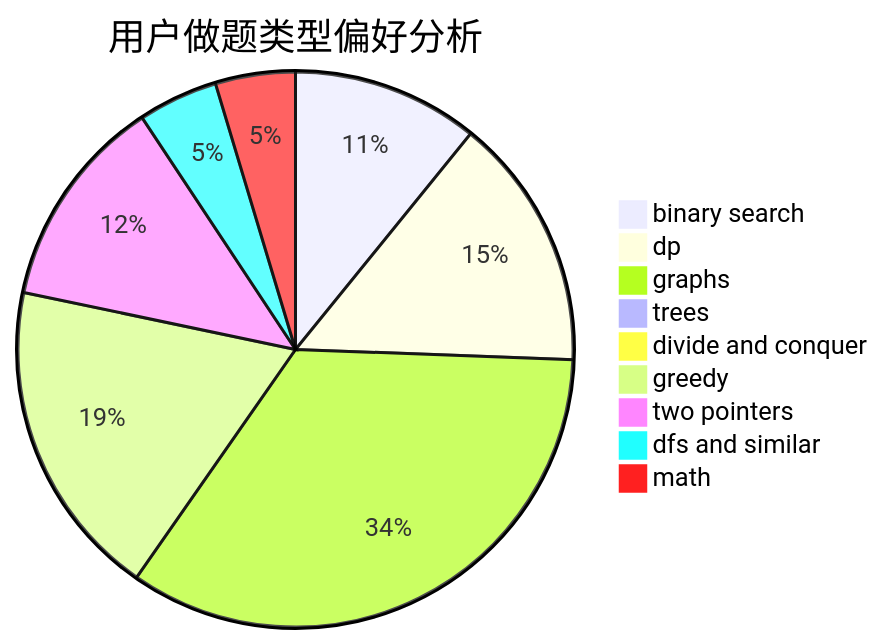
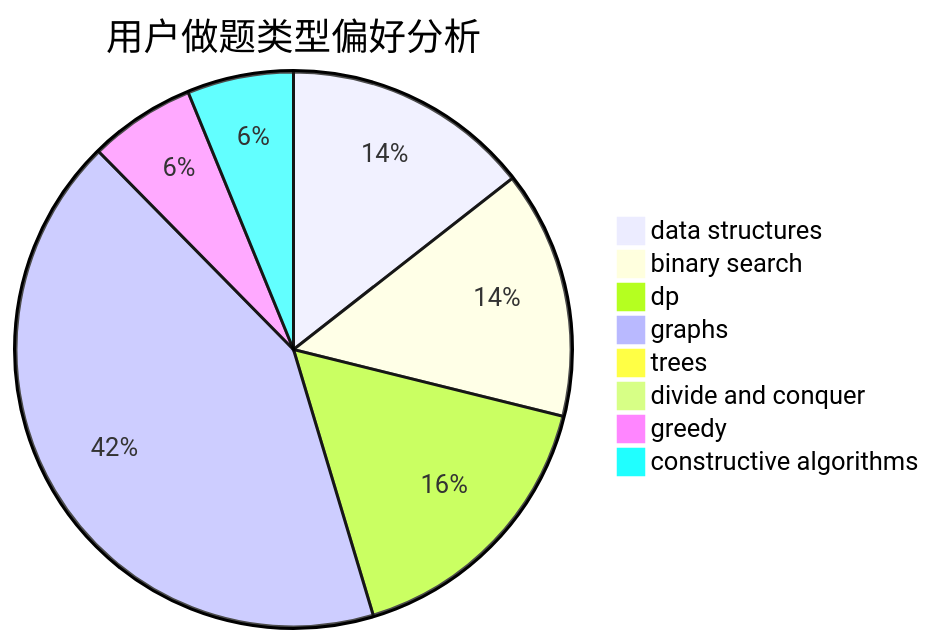
The second of 3 diagrams in docs/user/u1073.md (sherpahu/cfrs.github.io), drawn with Mermaid before and after one commit. The commit also changed other lines of this file and 2775 other files, not shown here.

````diff
--- a/docs/user/u1073.md
+++ b/docs/user/u1073.md
@@ -23,12 +23,11 @@
 ```mermaid
 pie title 用户做题类型偏好分析
+    "data structures" :  14
     "binary search" :  14
-    "dp" :  19
-    "graphs" :  44
+    "dp" :  16
+    "graphs" :  41
     "trees" :  0
     "divide and conquer" :  0
-    "greedy" :  24
-    "two pointers" :  16
-    "dfs and similar" :  6
-    "math" :  6
+    "greedy" :  6
+    "constructive algorithms" :  6
 ```
````
